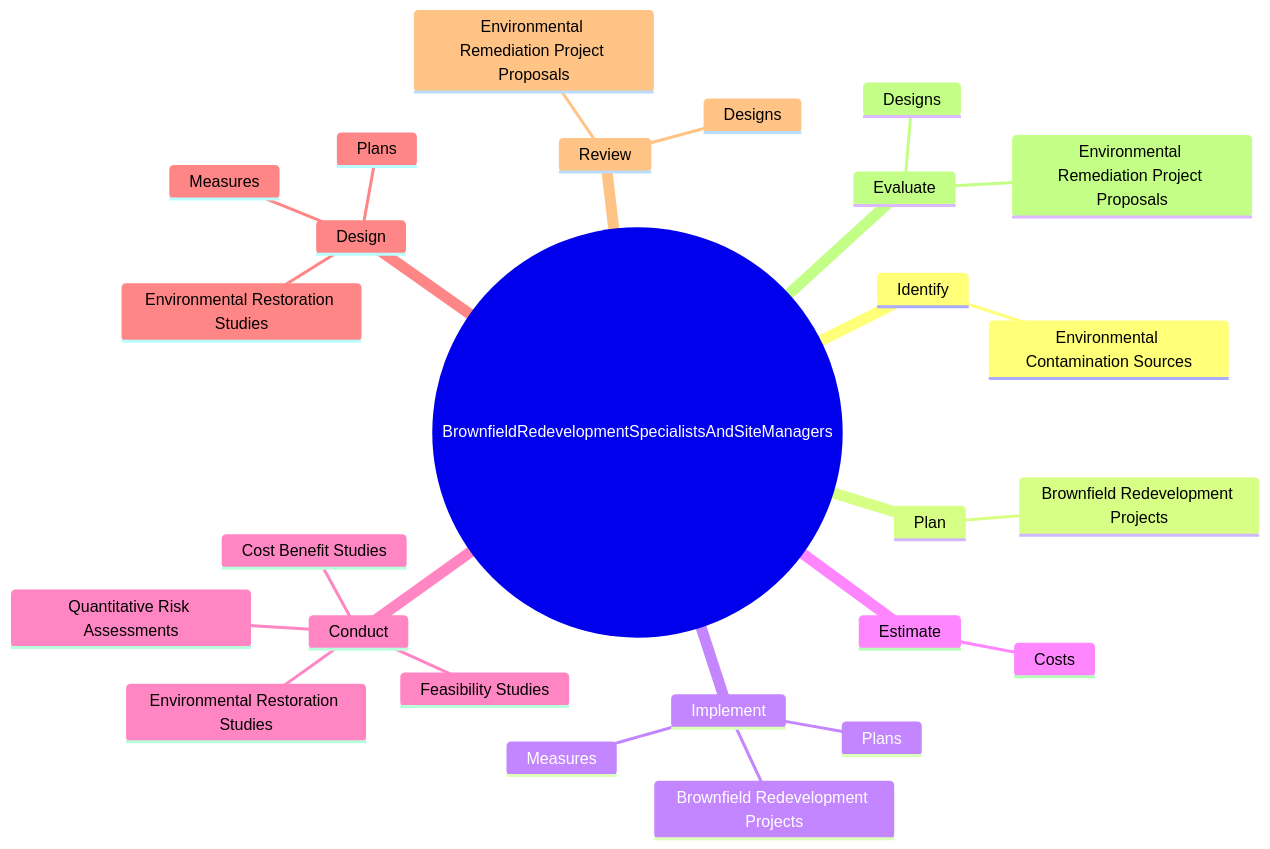
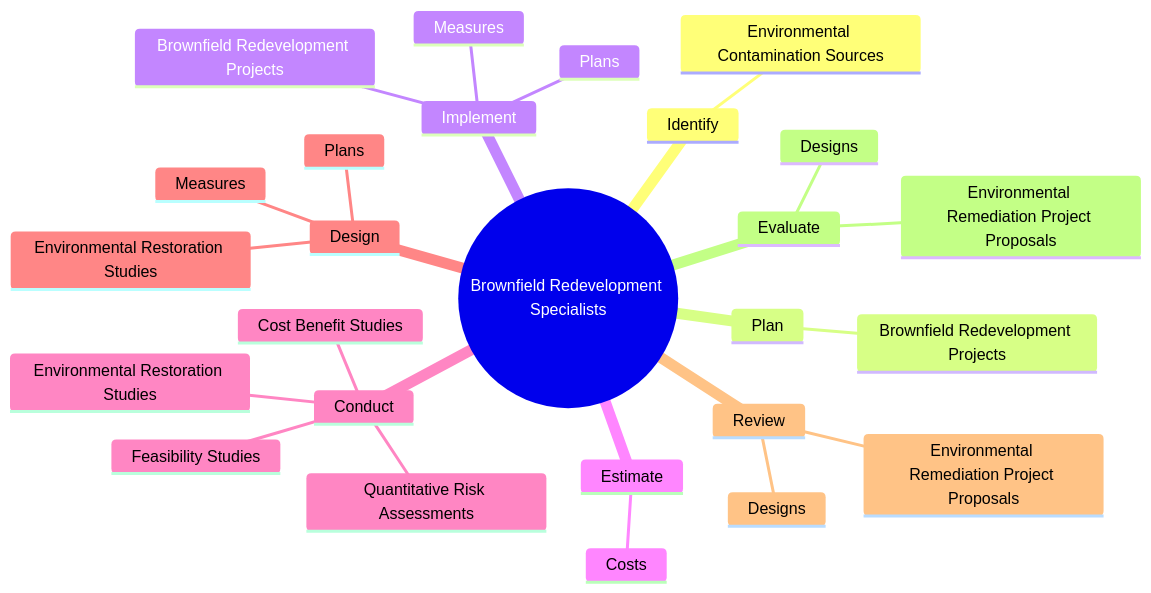
One commit to kziemski/business.org.ai changed the second of 4 diagrams in occupations/Management/BrownfieldRedevelopmentSpecialistsAndSiteManagers.mdx. Above: the diagram before and after it, drawn with Mermaid. The commit also changed other lines of this file and 938 other files, not shown here.

````diff
--- a/occupations/Management/BrownfieldRedevelopmentSpecialistsAndSiteManagers.mdx
+++ b/occupations/Management/BrownfieldRedevelopmentSpecialistsAndSiteManagers.mdx
@@ -38,29 +46,29 @@
 ```mermaid
 mindmap
-    root(("BrownfieldRedevelopmentSpecialistsAndSiteManagers"))
+    root(("Brownfield Redevelopment Specialists"))
         Identify
             Environmental Contamination Sources
         Plan
             Brownfield Redevelopment Projects
         Implement
             Brownfield Redevelopment Projects
             Plans
             Measures
         Estimate
             Costs
         Conduct
             Quantitative Risk Assessments
             Feasibility Studies
             Cost Benefit Studies
             Environmental Restoration Studies
         Design
             Plans
             Measures
             Environmental Restoration Studies
         Review
             Environmental Remediation Project Proposals
             Designs
         Evaluate
             Environmental Remediation Project Proposals
             Designs
 ```
````
